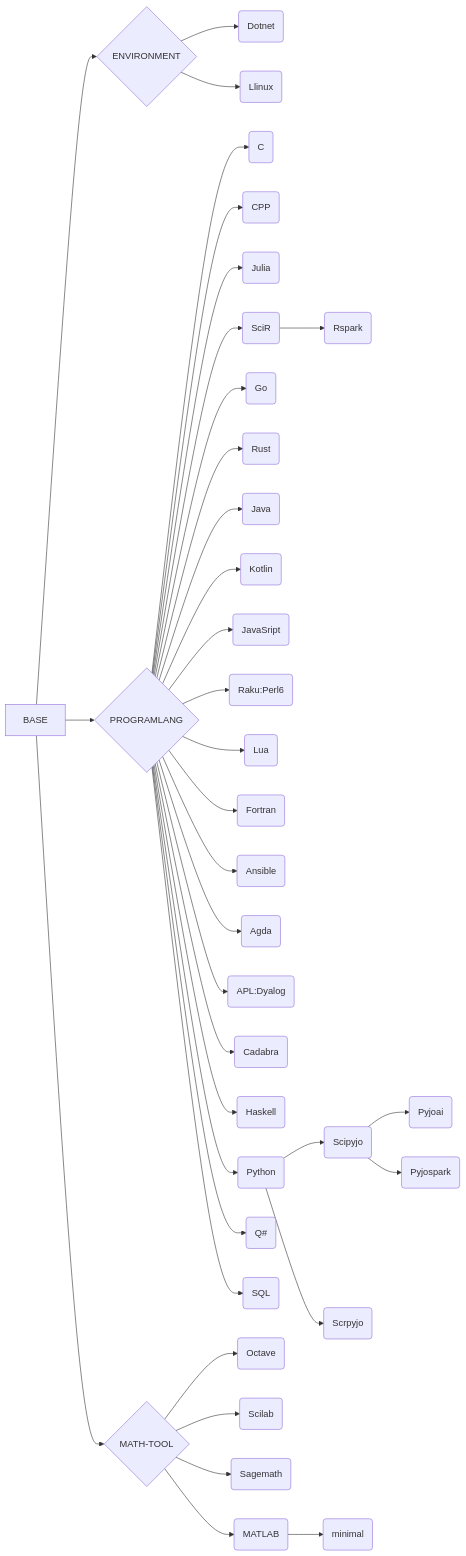
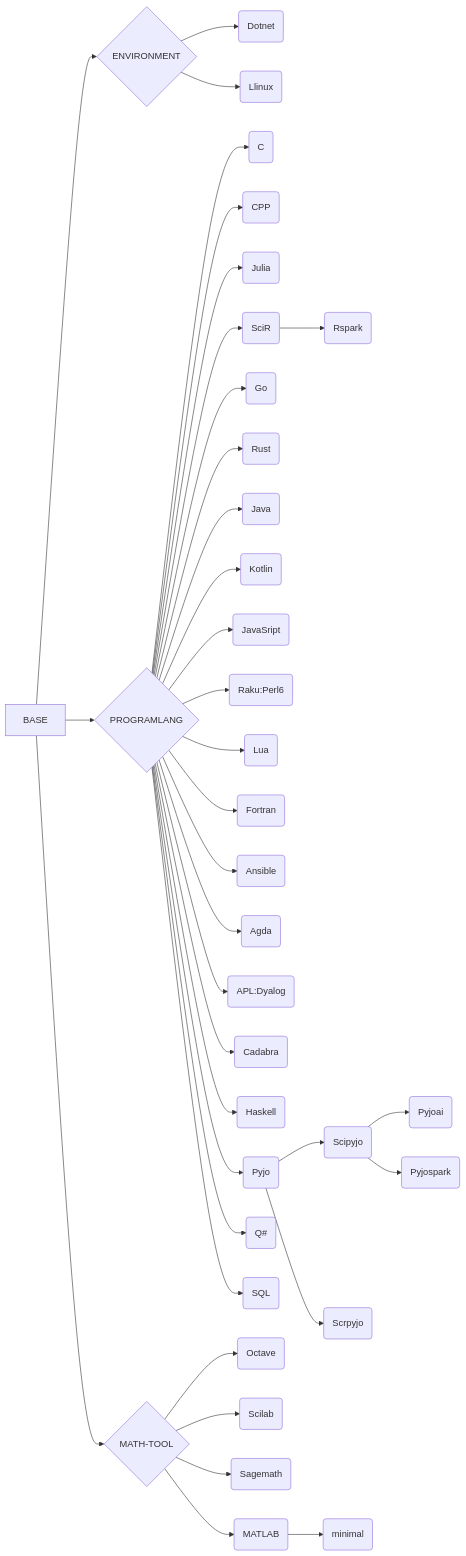
The diagram in README.md (ben0i0d/jupyter-image-stacks), drawn with Mermaid before and after one commit. The commit also changed 3 other files, not shown here.

````diff
--- a/README.md
+++ b/README.md
@@ -104,34 +104,34 @@
 ```mermaid
 graph LR
 BASE-->ENV{ENVIRONMENT}-->EA(Dotnet)
 ENV-->EB(Llinux)
 BASE-->PROGRAM{PROGRAMLANG}
 PROGRAM-->PA(C)
 PROGRAM-->PB(CPP)
 PROGRAM-->PC(Julia)
 PROGRAM-->PD(SciR)-->PDA(Rspark)
 PROGRAM-->PE(Go)
 PROGRAM-->PF(Rust)
 PROGRAM-->PG(Java)
 PROGRAM-->PH(Kotlin)
 PROGRAM-->PI(JavaSript)
 PROGRAM-->PJ(Raku:Perl6)
 PROGRAM-->PK(Lua)
 PROGRAM-->PL(Fortran)
 PROGRAM-->PM(Ansible)
 PROGRAM-->PN(Agda)
 PROGRAM-->PO(APL:Dyalog)
 PROGRAM-->PP(Cadabra)
 PROGRAM-->PQ(Haskell)
-PROGRAM-->PR(Python)
+PROGRAM-->PR(Pyjo)
 PROGRAM-->PS(Q#)
 PROGRAM-->PT(SQL)
 PR-->PRA(Scipyjo)
 PR-->PRB(Scrpyjo)
 PRA-->PRAA(Pyjoai)  
 PRA-->PRAB(Pyjospark)  
 BASE-->MATH{MATH-TOOL}-->MA(Octave)
 MATH-->MB(Scilab)
 MATH-->MC(Sagemath)
-MATH-->MD(MATLAB)-->MDM(minimal)
+MATH-->MD(MATLAB)-->MDA(minimal)
 ```
````
